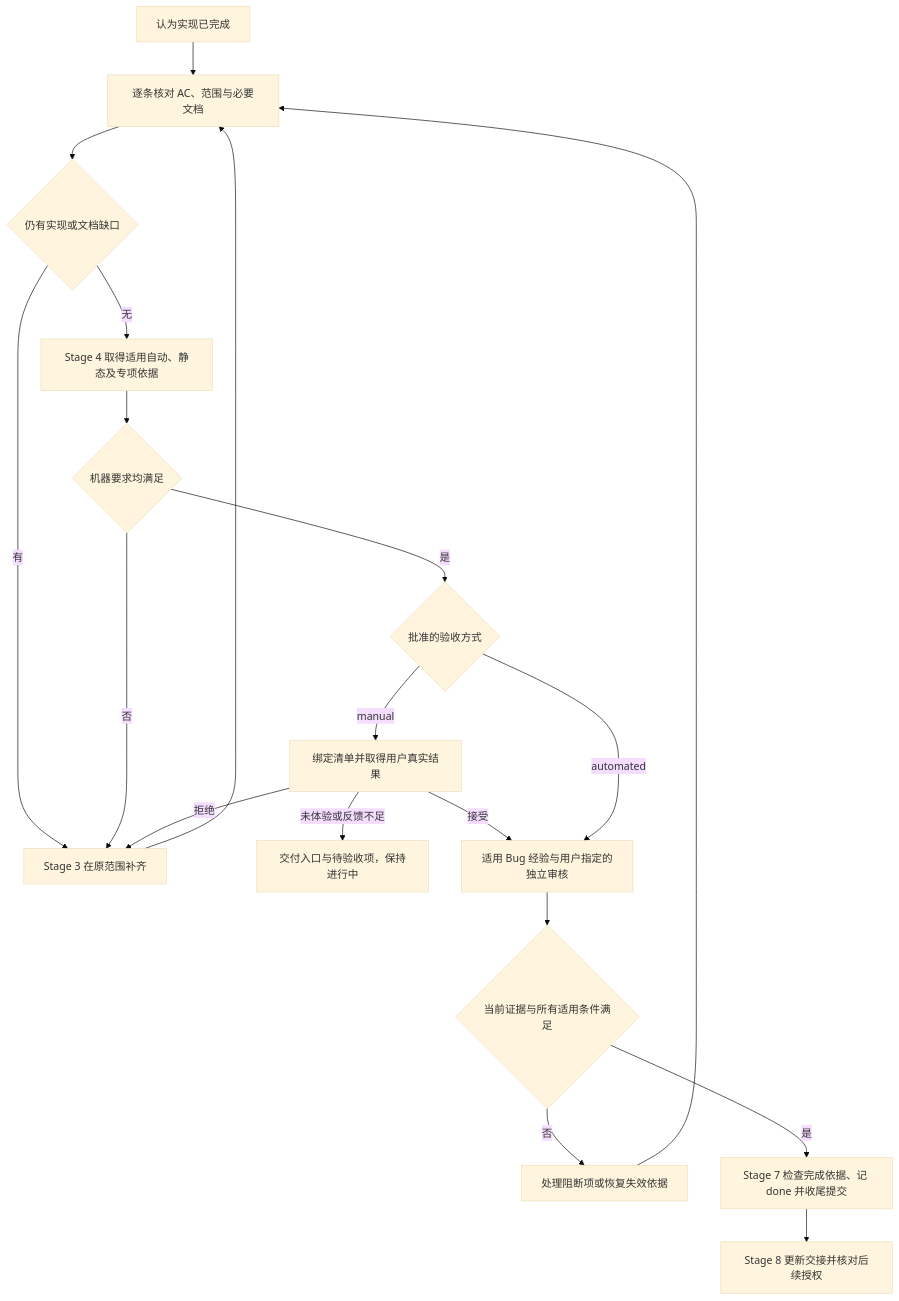
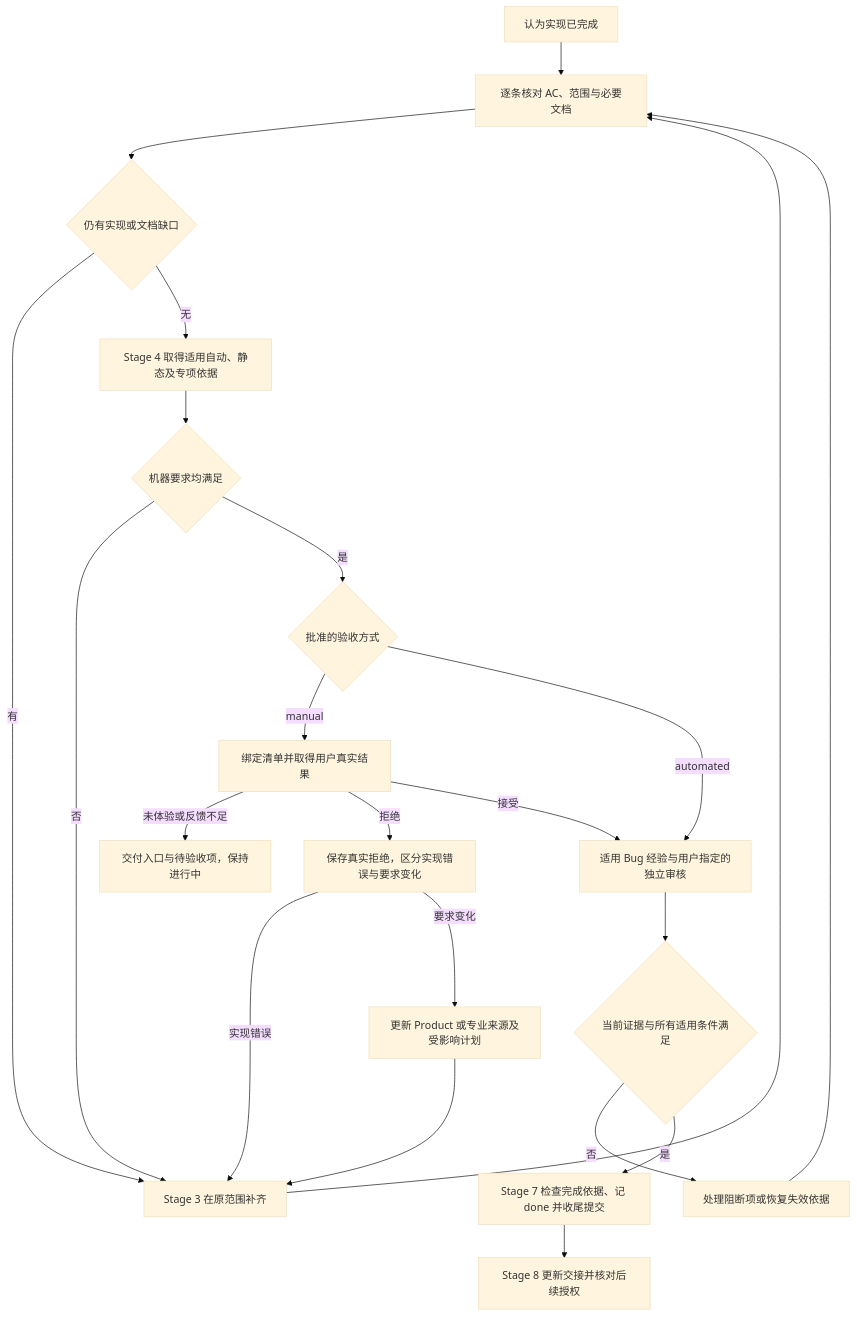
Before and after one commit to yxy823/Game_idle_yaya_frame: the third of 3 diagrams in framework/docs/blank-project/guides/scenarios-verification-recovery.md, drawn with Mermaid (base theme). The commit also changed other lines of this file and 16 other files, not shown here.

````diff
--- a/framework/docs/blank-project/guides/scenarios-verification-recovery.md
+++ b/framework/docs/blank-project/guides/scenarios-verification-recovery.md
@@ -62,21 +104,24 @@
 ```mermaid
 flowchart TD
     A[认为实现已完成] --> B[逐条核对 AC、范围与必要文档]
     B --> C{仍有实现或文档缺口}
     C -->|有| D[Stage 3 在原范围补齐]
     D --> B
     C -->|无| E[Stage 4 取得适用自动、静态及专项依据]
     E --> F{机器要求均满足}
     F -->|否| D
     F -->|是| G{批准的验收方式}
     G -->|manual| H[绑定清单并取得用户真实结果]
     H -->|未体验或反馈不足| W[交付入口与待验收项，保持进行中]
-    H -->|拒绝| D
+    H -->|拒绝| R[保存真实拒绝，区分实现错误与要求变化]
+    R -->|实现错误| D
+    R -->|要求变化| S[更新 Product 或专业来源及受影响计划]
+    S --> D
     H -->|接受| I[适用 Bug 经验与用户指定的独立审核]
     G -->|automated| I
     I --> J{当前证据与所有适用条件满足}
     J -->|否| K[处理阻断项或恢复失效依据]
     K --> B
     J -->|是| L[Stage 7 检查完成依据、记 done 并收尾提交]
     L --> M[Stage 8 更新交接并核对后续授权]
 ```
````
